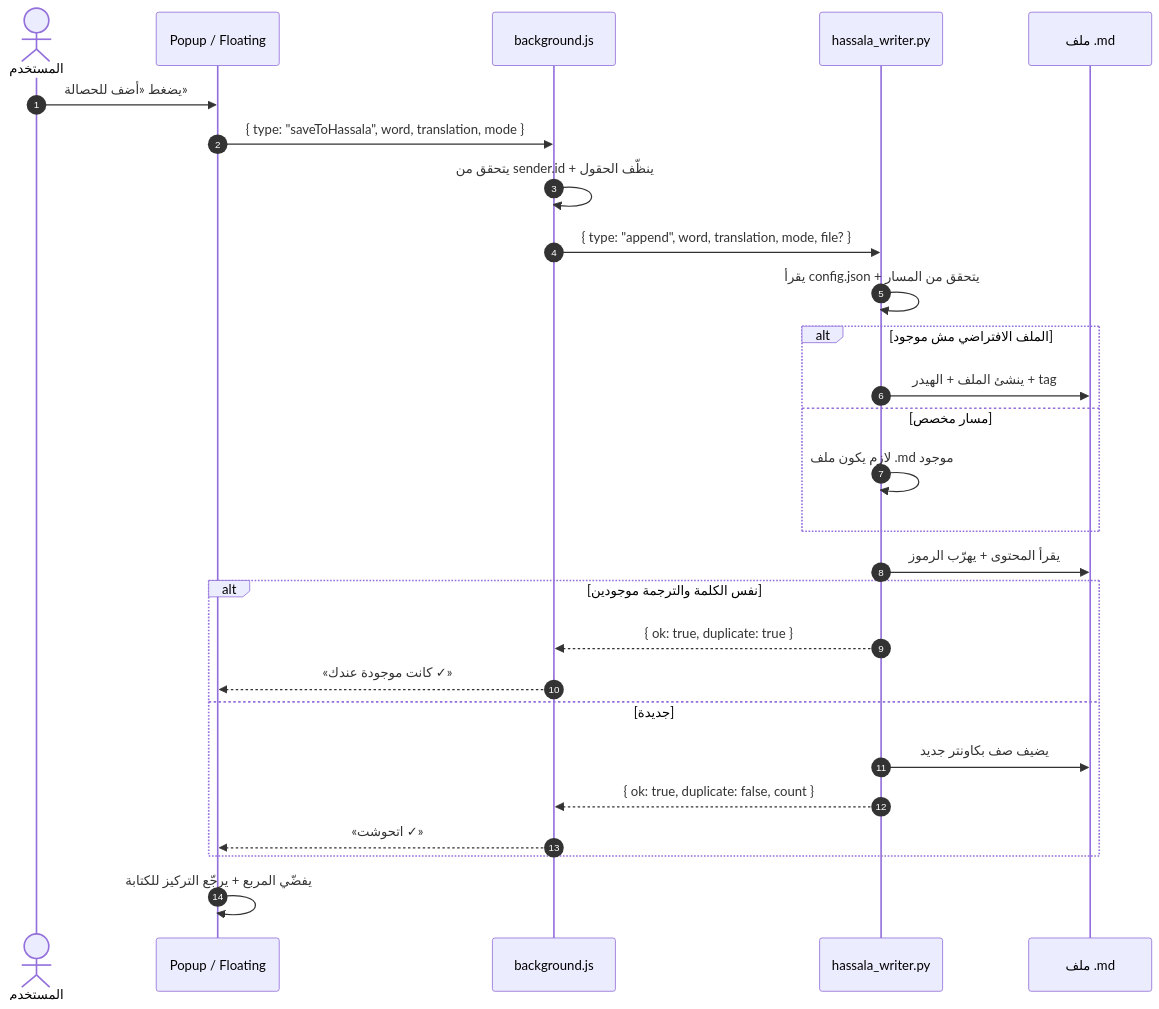
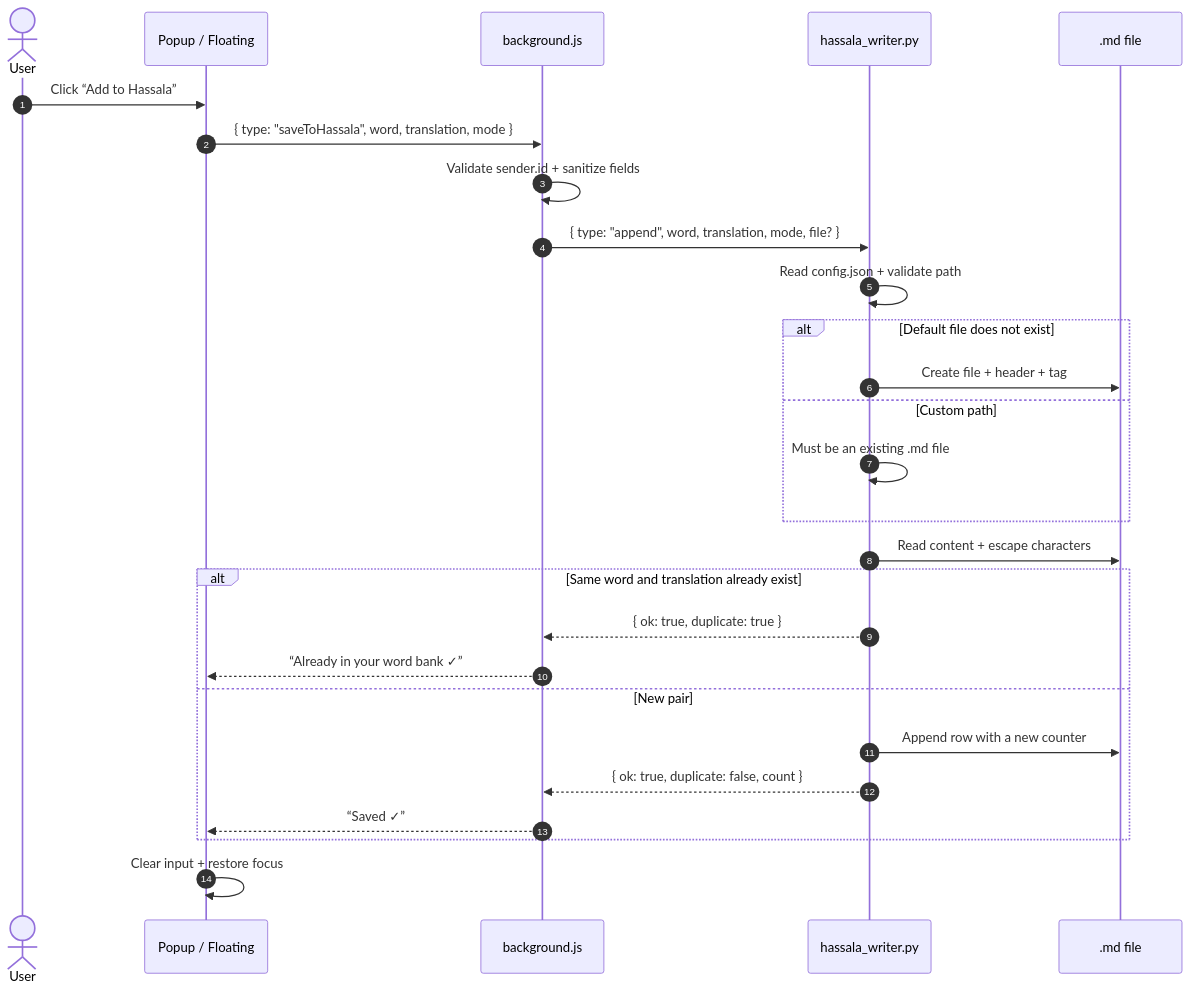
The third of 4 diagrams in docs/ARCHITECTURE.md (nagdista-dev/hassala), drawn with Mermaid before and after one commit. The commit also changed other lines of this file and 16 other files, not shown here.

````diff
--- a/docs/ARCHITECTURE.md
+++ b/docs/ARCHITECTURE.md
@@ -151,30 +154,30 @@
 ```mermaid
 sequenceDiagram
     autonumber
-    actor User as المستخدم
+    actor User
     participant UI as Popup / Floating
     participant BG as background.js
     participant H as hassala_writer.py
-    participant F as ملف .md
+    participant F as .md file
 
-    User->>UI: يضغط «أضف للحصالة»
+    User->>UI: Click “Add to Hassala”
     UI->>BG: { type: "saveToHassala", word, translation, mode }
-    BG->>BG: يتحقق من sender.id + ينظّف الحقول
+    BG->>BG: Validate sender.id + sanitize fields
     BG->>H: { type: "append", word, translation, mode, file? }
-    H->>H: يقرأ config.json + يتحقق من المسار
-    alt الملف الافتراضي مش موجود
-        H->>F: ينشئ الملف + الهيدر + tag
-    else مسار مخصص
-        H->>H: لازم يكون ملف .md موجود
+    H->>H: Read config.json + validate path
+    alt Default file does not exist
+        H->>F: Create file + header + tag
+    else Custom path
+        H->>H: Must be an existing .md file
     end
-    H->>F: يقرأ المحتوى + يهرّب الرموز
-    alt نفس الكلمة والترجمة موجودين
+    H->>F: Read content + escape characters
+    alt Same word and translation already exist
         H-->>BG: { ok: true, duplicate: true }
-        BG-->>UI: «كانت موجودة عندك ✓»
-    else جديدة
-        H->>F: يضيف صف بكاونتر جديد
+        BG-->>UI: “Already in your word bank ✓”
+    else New pair
+        H->>F: Append row with a new counter
         H-->>BG: { ok: true, duplicate: false, count }
-        BG-->>UI: «اتحوشت ✓»
+        BG-->>UI: “Saved ✓”
     end
-    UI->>UI: يفضّي المربع + يرجّع التركيز للكتابة
+    UI->>UI: Clear input + restore focus
 ```
````
